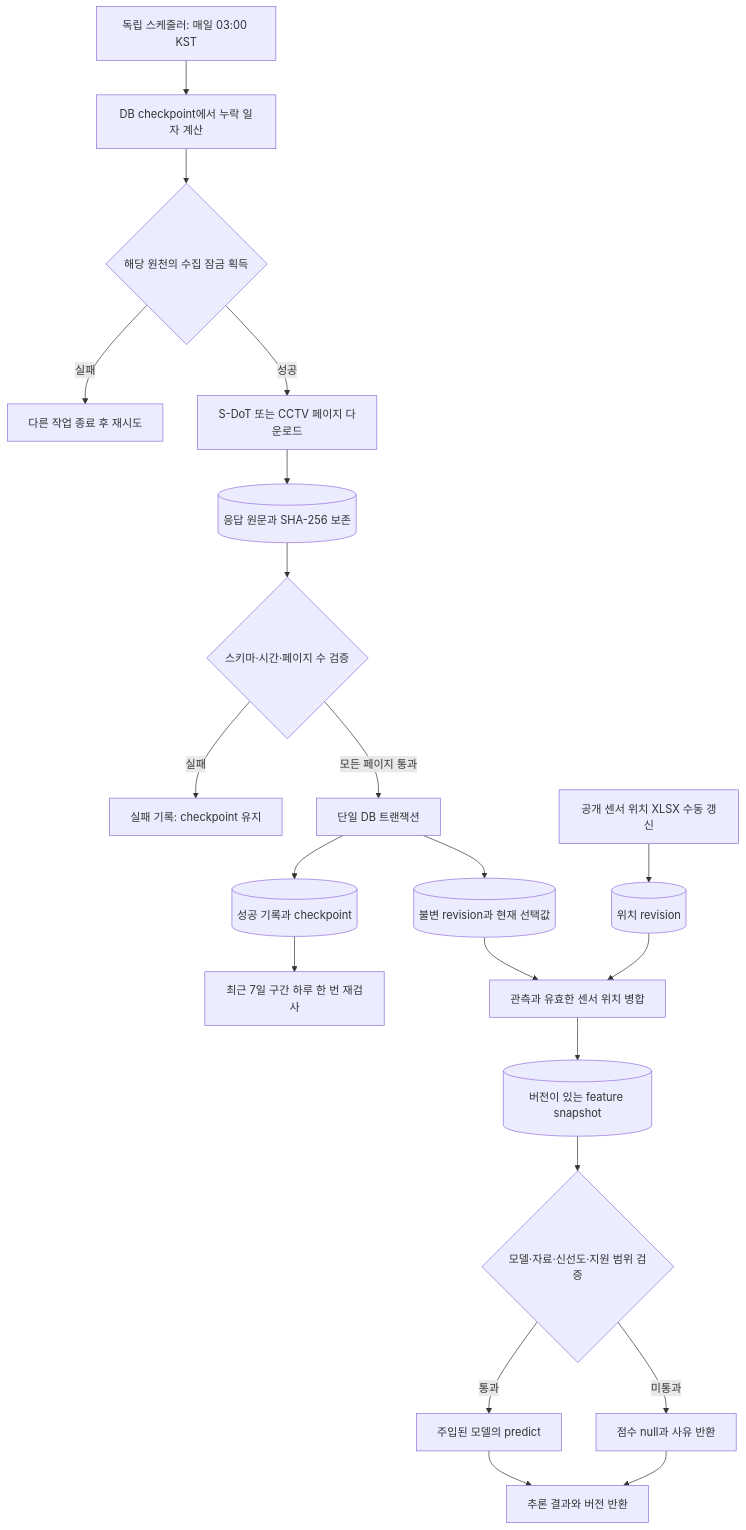
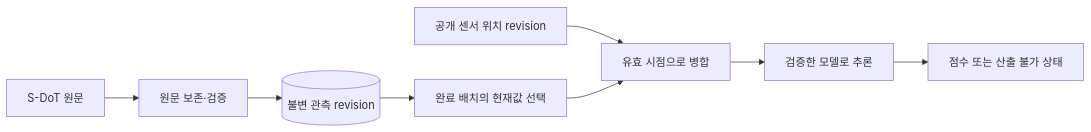
One commit to roberYM11/safenight changed the diagram in backend/README.md. Above: the diagram before and after it, drawn with Mermaid. The commit also changed other lines of this file and 162 other files, not shown here.

````diff
--- a/backend/README.md
+++ b/backend/README.md
@@ -26,23 +45,10 @@
 ```mermaid
-flowchart TD
-    T[독립 스케줄러: 매일 03:00 KST] --> W[DB checkpoint에서 누락 일자 계산]
-    W --> L{해당 원천의 수집 잠금 획득}
-    L -->|실패| WAIT[다른 작업 종료 후 재시도]
-    L -->|성공| P[S-DoT 또는 CCTV 페이지 다운로드]
-    P --> RAW[(응답 원문과 SHA-256 보존)]
-    RAW --> V{스키마·시간·페이지 수 검증}
-    V -->|실패| F[실패 기록: checkpoint 유지]
-    V -->|모든 페이지 통과| COMMIT[단일 DB 트랜잭션]
-    COMMIT --> REV[(불변 revision과 현재 선택값)]
-    COMMIT --> CP[(성공 기록과 checkpoint)]
-    CP --> R[최근 7일 구간 하루 한 번 재검사]
-    X[공개 센서 위치 XLSX 수동 갱신] --> LOC[(위치 revision)]
-    REV --> JOIN[관측과 유효한 센서 위치 병합]
-    LOC --> JOIN
-    JOIN --> FEAT[(버전이 있는 feature snapshot)]
-    FEAT --> G{모델·자료·신선도·지원 범위 검증}
-    G -->|통과| M[주입된 모델의 predict]
-    G -->|미통과| N[점수 null과 사유 반환]
-    M --> API[추론 결과와 버전 반환]
-    N --> API
+flowchart LR
+    A[S-DoT 원문] --> B[원문 보존·검증]
+    B --> C[(불변 관측 revision)]
+    C --> D[완료 배치의 현재값 선택]
+    L[공개 센서 위치 revision] --> F[유효 시점으로 병합]
+    D --> F
+    F --> M[검증한 모델로 추론]
+    M --> R[점수 또는 산출 불가 상태]
 ```
````
